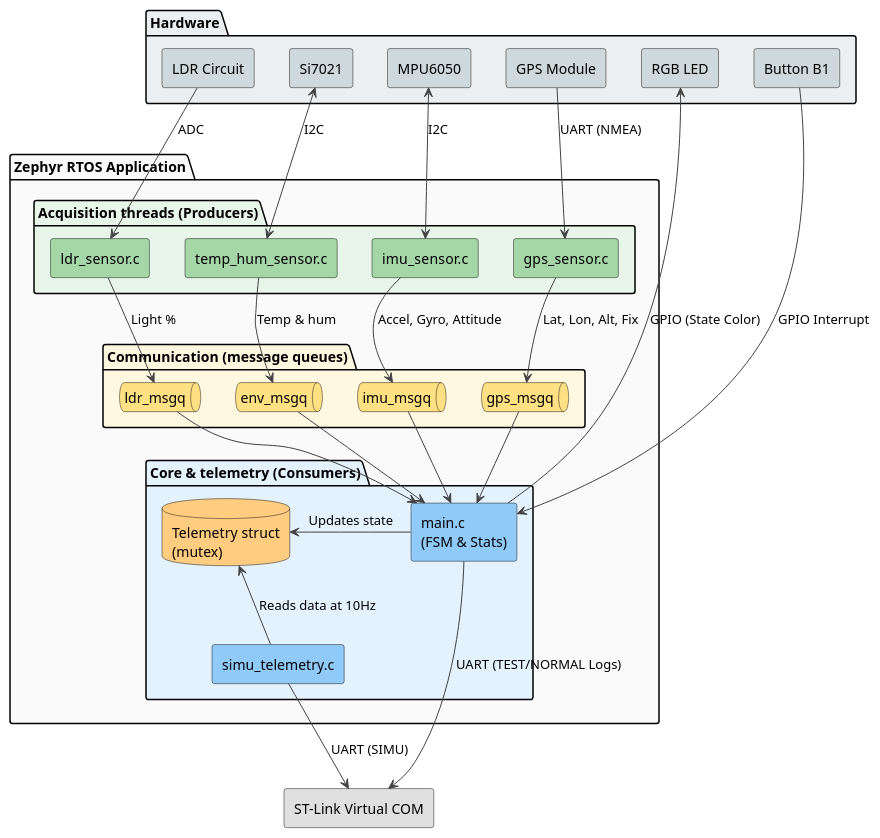
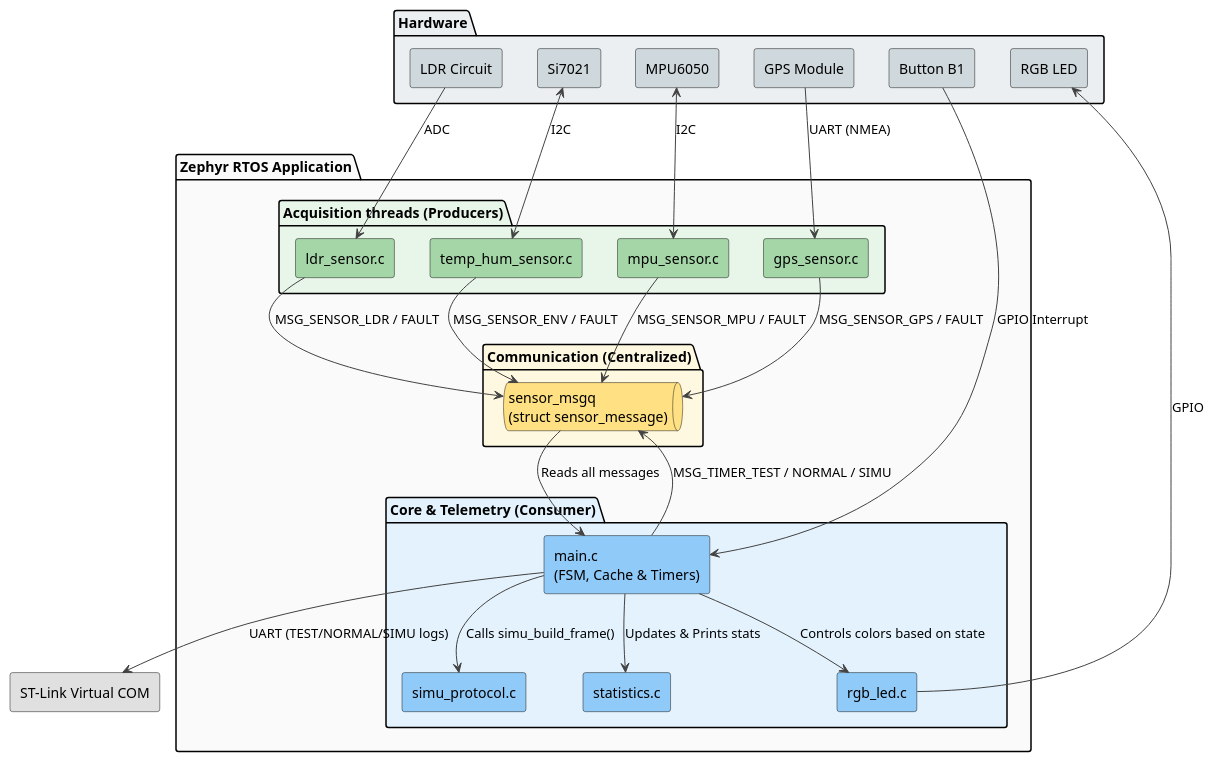
The diagram in implementation-diagram.puml (MathPln/drone-tracking-telemetry), drawn with PlantUML before and after one commit. The commit also changed 1 other file, not shown here.

Commit message:
[fix] - Update of the implementation diagram

```diff
--- a/implementation-diagram.puml
+++ b/implementation-diagram.puml
@@ -1,71 +1,68 @@
 @startuml
 skinparam componentStyle rectangle
 skinparam shadowing false
 skinparam defaultFontName Arial
 skinparam ArrowColor #424242
 
 package "Hardware" #ECEFF1 {
     [LDR Circuit] as hw_ldr #CFD8DC
     [Si7021] as hw_env #CFD8DC
     [MPU6050] as hw_imu #CFD8DC
     [GPS Module] as hw_gps #CFD8DC
     [Button B1] as hw_btn #CFD8DC
     [RGB LED] as hw_led #CFD8DC
 }
 
 package "Zephyr RTOS Application" #FAFAFA {
     
     folder "Acquisition threads (Producers)" #E8F5E9 {
         [ldr_sensor.c] as ldr_thread #A5D6A7
         [temp_hum_sensor.c] as temp_hum_thread #A5D6A7
-        [imu_sensor.c] as imu_thread #A5D6A7
+        [mpu_sensor.c] as imu_thread #A5D6A7
         [gps_sensor.c] as gps_thread #A5D6A7
     }
 
-    folder "Communication (message queues)" #FFF8E1 {
-        queue "ldr_msgq" as q_ldr #FFE082
-        queue "env_msgq" as q_env #FFE082
-        queue "imu_msgq" as q_imu #FFE082
-        queue "gps_msgq" as q_gps #FFE082
+    folder "Communication (Centralized)" #FFF8E1 {
+        queue "sensor_msgq\n(struct sensor_message)" as q_central #FFE082
     }
 
-    folder "Core & telemetry (Consumers)" #E3F2FD {
-        [main.c\n(FSM & Stats)] as main_thread #90CAF9
+    folder "Core & Telemetry (Consumer)" #E3F2FD {
+        [main.c\n(FSM, Cache & Timers)] as main_thread #90CAF9
         
-        database "Telemetry struct\n(mutex)" as global_state #FFCC80
-        
-        [simu_telemetry.c] as simu_thread #90CAF9
+        [simu_protocol.c] as simu_protocol #90CAF9
+        [statistics.c] as stats_module #90CAF9
+        [rgb_led.c] as led_driver #90CAF9
     }
 }
 
 [ST-Link Virtual COM] as com_port #E0E0E0
 
 ' Hardware to Threads
 hw_ldr --> ldr_thread : ADC
 hw_env <--> temp_hum_thread : I2C
 hw_imu <--> imu_thread : I2C
 hw_gps --> gps_thread : UART (NMEA)
 hw_btn --> main_thread : GPIO Interrupt
 
-' Threads to Queues
-ldr_thread --> q_ldr : Light %
-temp_hum_thread --> q_env : Temp & hum
-imu_thread --> q_imu : Accel, Gyro, Attitude
-gps_thread --> q_gps : Lat, Lon, Alt, Fix
+' Threads to Central Queue
+ldr_thread --> q_central : MSG_SENSOR_LDR / FAULT
+temp_hum_thread --> q_central : MSG_SENSOR_ENV / FAULT
+imu_thread --> q_central : MSG_SENSOR_MPU / FAULT
+gps_thread --> q_central : MSG_SENSOR_GPS / FAULT
 
-' Queues to Core (Only main consumes)
-q_ldr --> main_thread
-q_env --> main_thread
-q_imu --> main_thread
-q_gps --> main_thread
+' Timers inside Main Thread pushing to Queue
+main_thread --> q_central : MSG_TIMER_TEST / NORMAL / SIMU
 
-' Core to State to Simu
-main_thread -l-> global_state : Updates state
-global_state <-d- simu_thread : Reads data at 10Hz
+' Queue to Main Thread
+q_central --> main_thread : Reads all messages
+
+' Core Logic to Helpers
+main_thread --> simu_protocol : Calls simu_build_frame()
+main_thread --> stats_module : Updates & Prints stats
+main_thread --> led_driver : Controls colors based on state
 
 ' Core to Outputs
-main_thread --> hw_led : GPIO (State Color)
-simu_thread --> com_port : UART (SIMU)
-main_thread --> com_port : UART (TEST/NORMAL Logs)
+led_driver --> hw_led : GPIO
+main_thread --> com_port : UART (TEST/NORMAL/SIMU logs)
 
 @enduml
```
